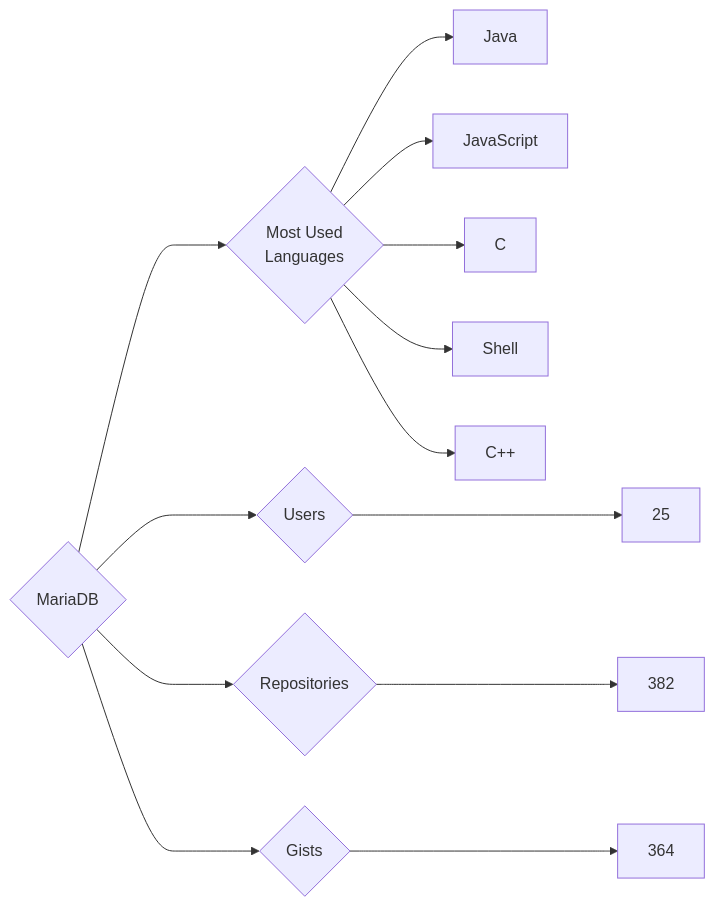
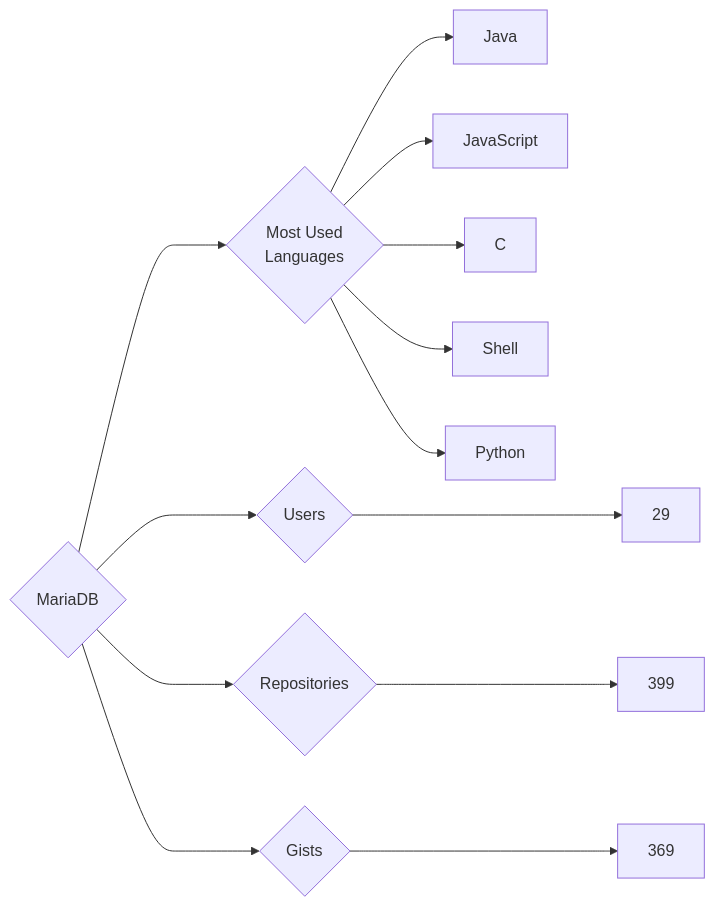
Before and after one commit to trickest/insiders: the diagram in targets/MariaDB/README.md, drawn with Mermaid. The commit also changed 1484 other files, not shown here.

````diff
--- a/targets/MariaDB/README.md
+++ b/targets/MariaDB/README.md
@@ -3,13 +3,13 @@
 ```mermaid
 graph LR
 COMPANY_NAME{MariaDB}
-COMPANY_NAME ---> U{Users} ---> UN[25]
-COMPANY_NAME ---> R{Repositories} ---> RN[382]
-COMPANY_NAME ---> G{Gists} ---> GN[364]
+COMPANY_NAME ---> U{Users} ---> UN[29]
+COMPANY_NAME ---> R{Repositories} ---> RN[399]
+COMPANY_NAME ---> G{Gists} ---> GN[369]
 COMPANY_NAME ---> ML{Most Used<br>Languages}
 ML --> Java[Java]
 ML --> JavaScript[JavaScript]
 ML --> C[C]
 ML --> Shell[Shell]
-ML --> C++[C++]
+ML --> Python[Python]
 ```
````
